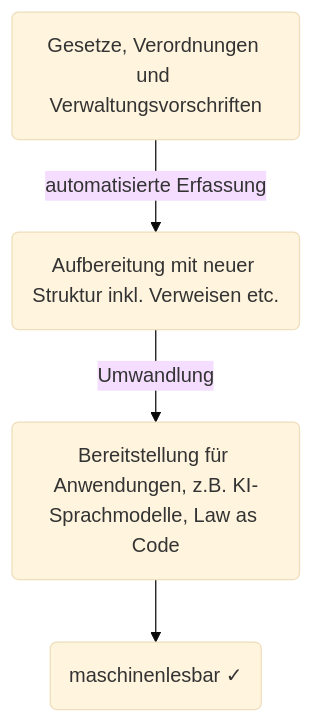
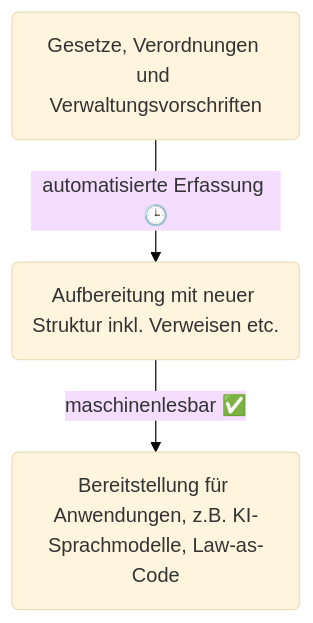
The diagram in slides/02_big-picture.md (stefanmaeder/dotgov), drawn with Mermaid (base theme) before and after one commit.

````diff
--- a/slides/02_big-picture.md
+++ b/slides/02_big-picture.md
@@ -1,6 +1,5 @@
 ```mermaid
 flowchart TD
-    A(Gesetze, Verordnungen und Verwaltungsvorschriften) -->|automatisierte Erfassung| B(Aufbereitung mit neuer Struktur inkl. Verweisen etc.)
-    B --> |Umwandlung| C(Bereitstellung für Anwendungen, z.B. KI-Sprachmodelle, Law as Code)
-    C --> D(maschinenlesbar ✓)
+    A(Gesetze, Verordnungen und Verwaltungsvorschriften) -->|automatisierte Erfassung 🕒| B(Aufbereitung mit neuer Struktur inkl. Verweisen etc.)
+    B --> |maschinenlesbar ✅| C(Bereitstellung für Anwendungen, z.B. KI-Sprachmodelle, Law-as-Code)
 ```
````
